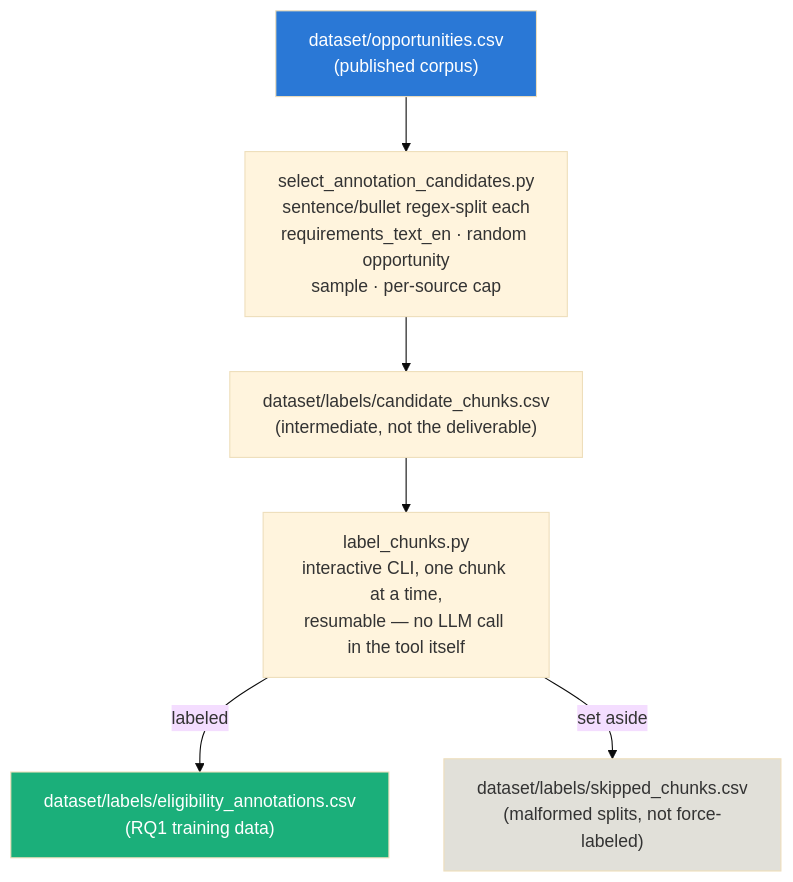
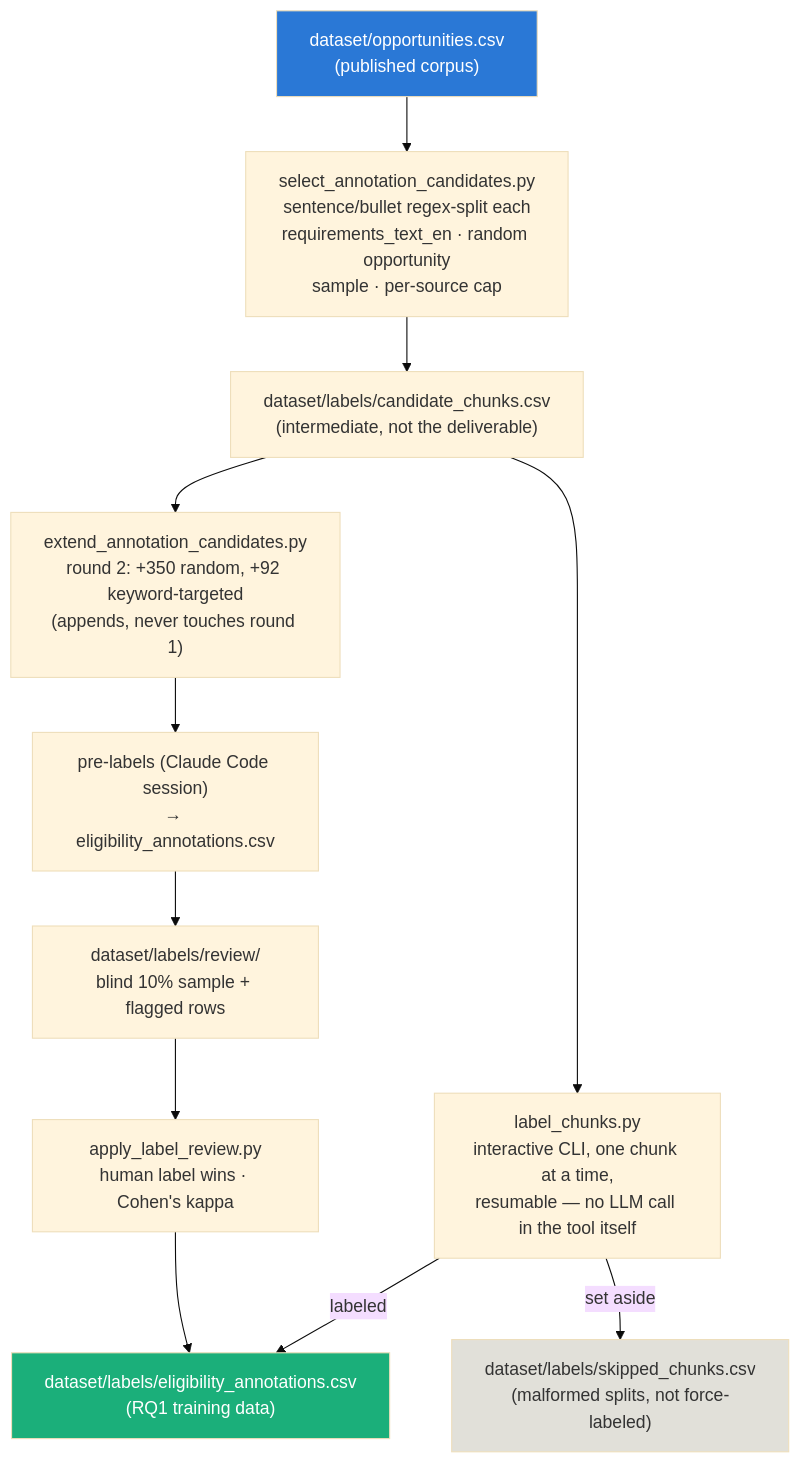
The third of 3 diagrams in flows.md (Lucaisok/open_art), drawn with Mermaid (base theme) before and after one commit. The commit also changed other lines of this file and 13 other files, not shown here.

````diff
--- a/flows.md
+++ b/flows.md
@@ -120,13 +120,18 @@
 ```mermaid
 flowchart TD
     OUT["dataset/opportunities.csv\n(published corpus)"]
     OUT --> SEL["select_annotation_candidates.py\nsentence/bullet regex-split each\nrequirements_text_en · random opportunity\nsample · per-source cap"]
     SEL --> CAND["dataset/labels/candidate_chunks.csv\n(intermediate, not the deliverable)"]
     CAND --> LAB["label_chunks.py\ninteractive CLI, one chunk at a time,\nresumable — no LLM call in the tool itself"]
     LAB -- labeled --> ANN["dataset/labels/eligibility_annotations.csv\n(RQ1 training data)"]
     LAB -- set aside --> SKIP["dataset/labels/skipped_chunks.csv\n(malformed splits, not force-labeled)"]
+    CAND --> EXT["extend_annotation_candidates.py\nround 2: +350 random, +92 keyword-targeted\n(appends, never touches round 1)"]
+    EXT --> PRE["pre-labels (Claude Code session)\n→ eligibility_annotations.csv"]
+    PRE --> REV["dataset/labels/review/\nblind 10% sample + flagged rows"]
+    REV --> APPLY["apply_label_review.py\nhuman label wins · Cohen's kappa"]
+    APPLY --> ANN
 
     style OUT fill:#2a78d6,color:#fff
     style ANN fill:#1baf7a,color:#fff
     style SKIP fill:#e1e0d9,color:#333
 ```
````
